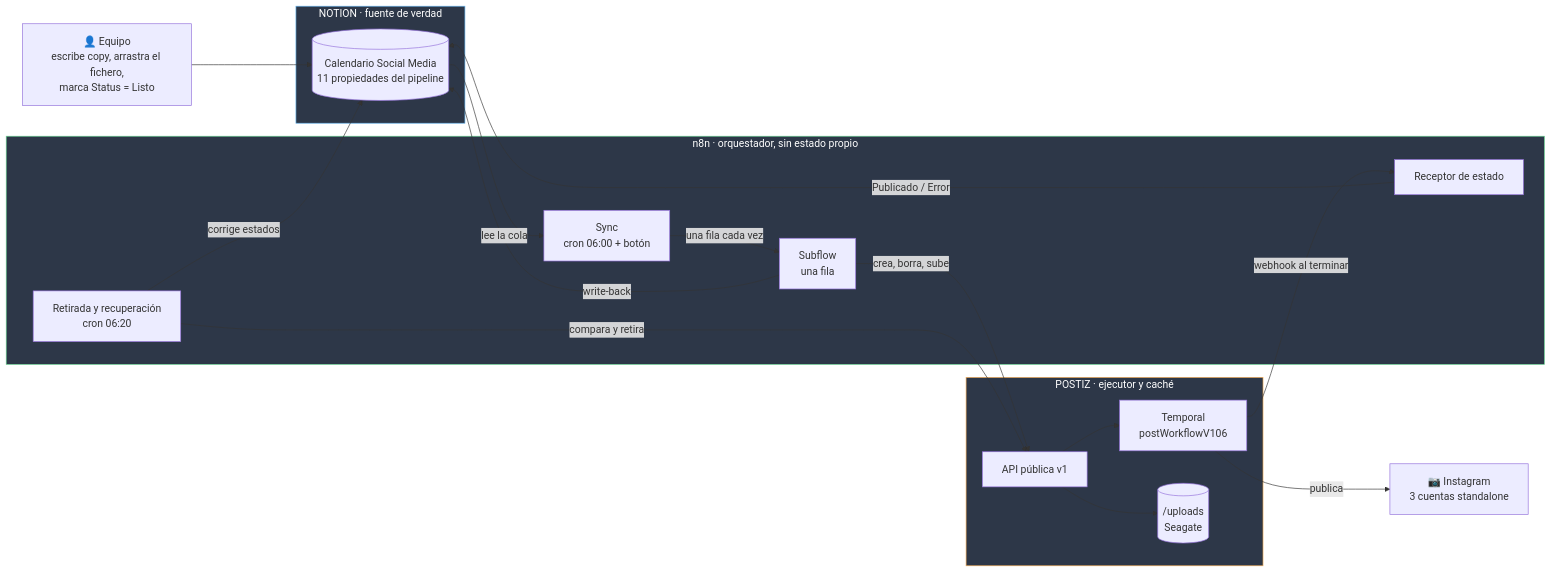
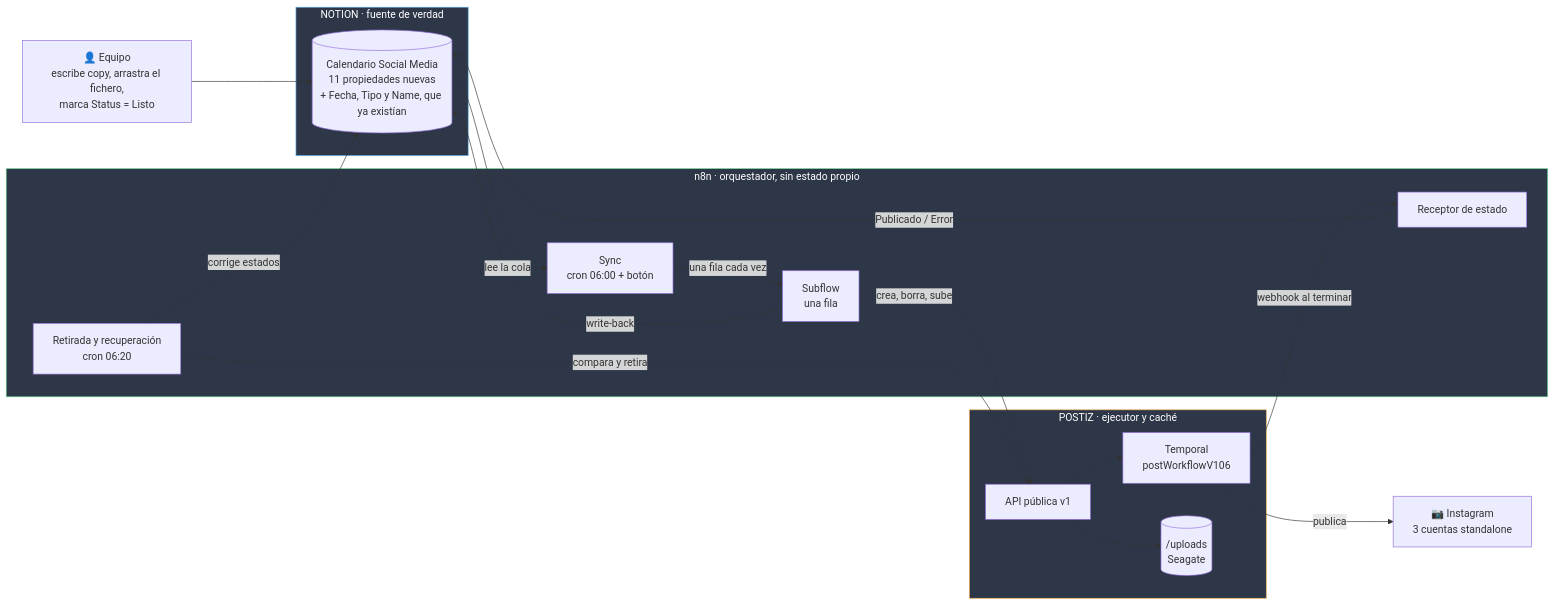
One commit to dustin-calderon/postiz-app changed the first of 11 diagrams in docs/architecture/CONTENT_PIPELINE_DIAGRAMS.md. Above: the diagram before and after it, drawn with Mermaid. The commit also changed 1 other file, not shown here.

Commit message:
docs: dos imprecisiones que salieron al cruzar el doc con el estado vivo
Auditoría automática de los 4 documentos y del manual de Notion contra
el esquema real de la base y el código de los 4 workflows.

**El diagrama llamaba «del pipeline» a 11 propiedades.** Son las 11
nuevas; el contrato real son 14, porque los workflows también leen
`Fecha`, `Tipo` y `Name`, que ya existían. Importa porque renombrar
cualquiera de las tres rompe el worker, y el diagrama sugería lo
contrario.

**Un borrador no pasa por la validación del servidor.** Ya estaba
documentado en §4.2, pero en la sección de `instagram-standalone` — no
donde alguien lee sobre `modo`. Se añade la referencia cruzada en
§7.2.2: una pieza que en `borrador` se crea sin quejarse puede fallar
al pasarla a `programar`.

Verificado además que el límite de 2200 caracteres que anuncia el
manual **sí se aplica** (`public.integrations.controller.ts:275`), que
ningún documento conserva nombres de propiedad muertos, y que los 16
mensajes que pueden acabar en `❌ error_log` nombran propiedades vivas.

````diff
--- a/docs/architecture/CONTENT_PIPELINE_DIAGRAMS.md
+++ b/docs/architecture/CONTENT_PIPELINE_DIAGRAMS.md
@@ -22,40 +22,40 @@
 ```mermaid
 flowchart LR
     EQUIPO["👤 Equipo<br/>escribe copy, arrastra el fichero,<br/>marca Status = Listo"]
 
     subgraph NOTION["NOTION · fuente de verdad"]
-        CAL[("Calendario Social Media<br/>11 propiedades del pipeline")]
+        CAL[("Calendario Social Media<br/>11 propiedades nuevas<br/>+ Fecha, Tipo y Name, que ya existían")]
     end
 
     subgraph N8N["n8n · orquestador, sin estado propio"]
         A["Sync<br/>cron 06:00 + botón"]
         B["Subflow<br/>una fila"]
         D["Retirada y recuperación<br/>cron 06:20"]
         C["Receptor de estado"]
     end
 
     subgraph POSTIZ["POSTIZ · ejecutor y caché"]
         API["API pública v1"]
         TEMP["Temporal<br/>postWorkflowV106"]
         DISCO[("/uploads<br/>Seagate")]
     end
 
     IG["📷 Instagram<br/>3 cuentas standalone"]
 
     EQUIPO --> CAL
     CAL -->|"lee la cola"| A
     A -->|"una fila cada vez"| B
     B -->|"crea, borra, sube"| API
     B -->|"write-back"| CAL
     D -->|"compara y retira"| API
     D -->|"corrige estados"| CAL
     API --> DISCO
     API --> TEMP
     TEMP -->|"publica"| IG
     TEMP -->|"webhook al terminar"| C
     C -->|"Publicado / Error"| CAL
 
     style NOTION fill:#2d3748,stroke:#63b3ed,color:#fff
     style POSTIZ fill:#2d3748,stroke:#f6ad55,color:#fff
     style N8N fill:#2d3748,stroke:#68d391,color:#fff
 ```
````
